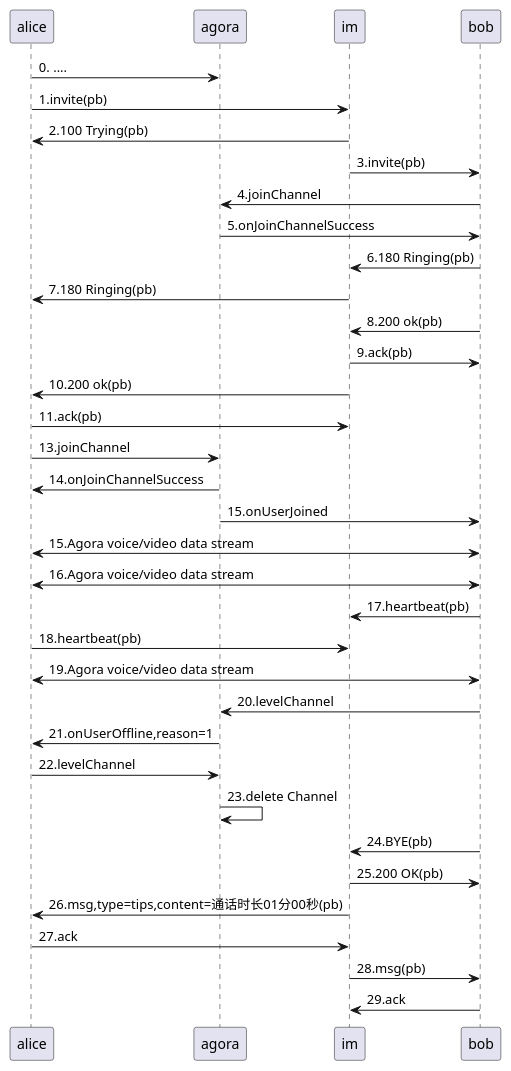
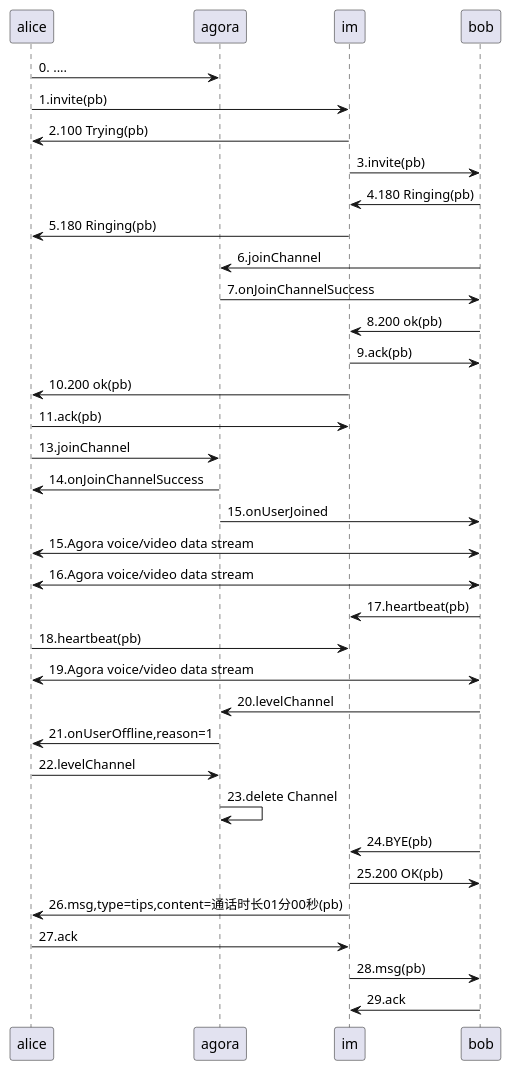
One commit to xmcy0011/CoffeeChat changed the third of 4 diagrams in server/src/api/voice_call.puml. Above: the diagram before and after it, drawn with PlantUML. The commit also changed 21 other files, not shown here.

```diff
--- a/server/src/api/voice_call.puml
+++ b/server/src/api/voice_call.puml
@@ -56,34 +56,34 @@
 @startuml
 alice -> agora: 0. ....
 alice -> im: 1.invite(pb)
 im -> alice: 2.100 Trying(pb)
 im -> bob: 3.invite(pb)
-bob -> agora: 4.joinChannel
-agora -> bob: 5.onJoinChannelSuccess
-bob -> im: 6.180 Ringing(pb)
-im -> alice: 7.180 Ringing(pb)
+bob -> im: 4.180 Ringing(pb)
+im -> alice: 5.180 Ringing(pb)
+bob -> agora: 6.joinChannel
+agora -> bob: 7.onJoinChannelSuccess
 bob -> im: 8.200 ok(pb)
 im -> bob: 9.ack(pb)
 im -> alice: 10.200 ok(pb)
 alice -> im: 11.ack(pb)
 
 alice -> agora: 13.joinChannel
 agora -> alice: 14.onJoinChannelSuccess
 agora -> bob: 15.onUserJoined
 
 alice <-> bob: 15.Agora voice/video data stream
 alice <-> bob: 16.Agora voice/video data stream
 bob -> im: 17.heartbeat(pb)
 alice -> im: 18.heartbeat(pb)
 alice <-> bob: 19.Agora voice/video data stream
 bob -> agora: 20.levelChannel
 agora -> alice: 21.onUserOffline,reason=1
 alice -> agora: 22.levelChannel
 agora -> agora: 23.delete Channel
 bob -> im: 24.BYE(pb)
 im -> bob: 25.200 OK(pb)
 im -> alice: 26.msg,type=tips,content=通话时长01分00秒(pb)
 alice -> im: 27.ack
 im -> bob: 28.msg(pb)
 bob -> im: 29.ack
 @enduml
```
